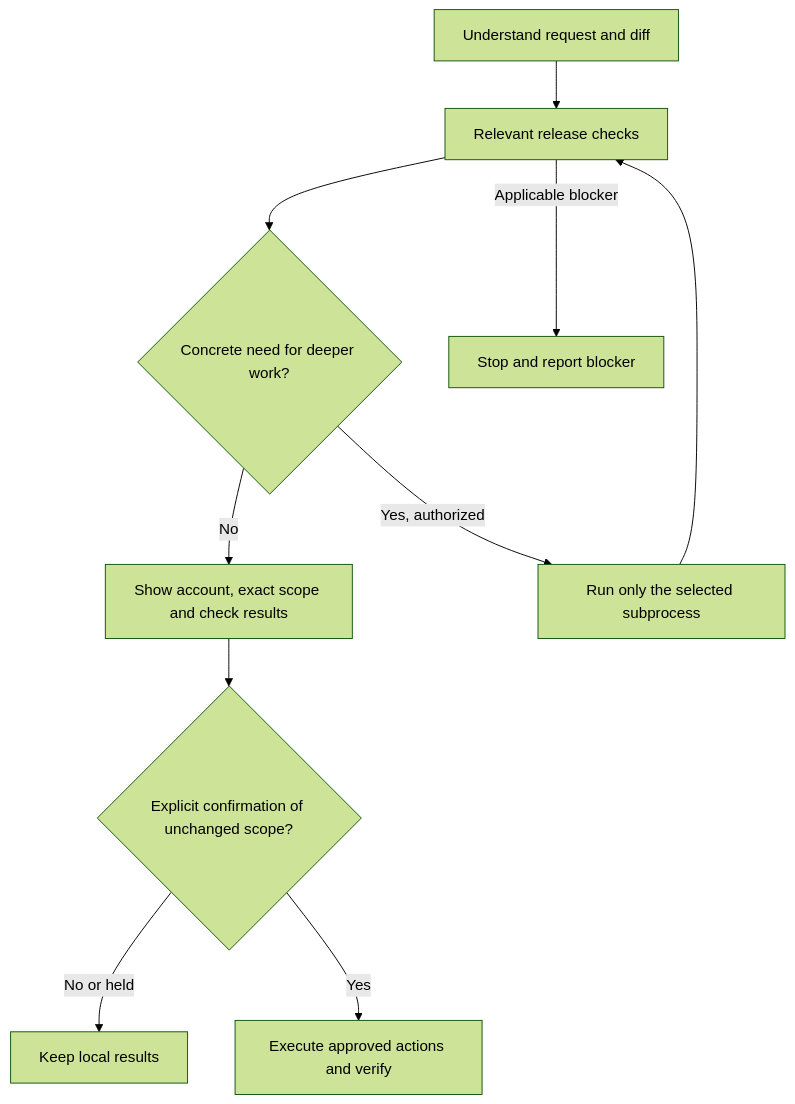
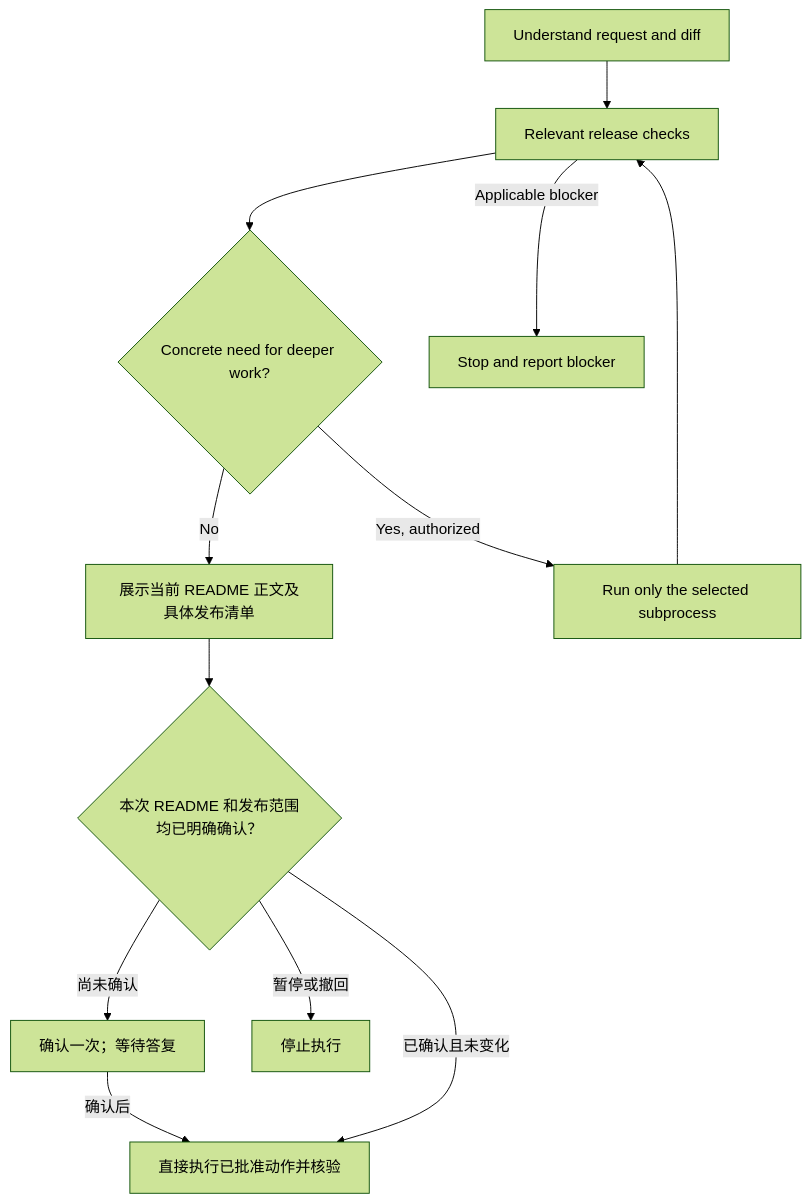
The diagram in references/pre-publish-flow.md (chemny/github-publisher), drawn with Mermaid (forest theme) before and after one commit. The commit also changed other lines of this file and 23 other files, not shown here.

````diff
--- a/references/pre-publish-flow.md
+++ b/references/pre-publish-flow.md
@@ -27,12 +36,14 @@
 ```mermaid
 flowchart TD
     A[Understand request and diff] --> B[Relevant release checks]
     B --> C{Concrete need for deeper work?}
-    C -->|No| D[Show account, exact scope and check results]
+    C -->|No| D[展示当前 README 正文及具体发布清单]
     C -->|Yes, authorized| E[Run only the selected subprocess]
     E --> B
     B -->|Applicable blocker| H[Stop and report blocker]
-    D --> F{Explicit confirmation of unchanged scope?}
-    F -->|No or held| I[Keep local results]
-    F -->|Yes| G[Execute approved actions and verify]
+    D --> F{本次 README 和发布范围均已明确确认？}
+    F -->|尚未确认| I[确认一次；等待答复]
+    I -->|确认后| G
+    F -->|暂停或撤回| J[停止执行]
+    F -->|已确认且未变化| G[直接执行已批准动作并核验]
 ```
````
